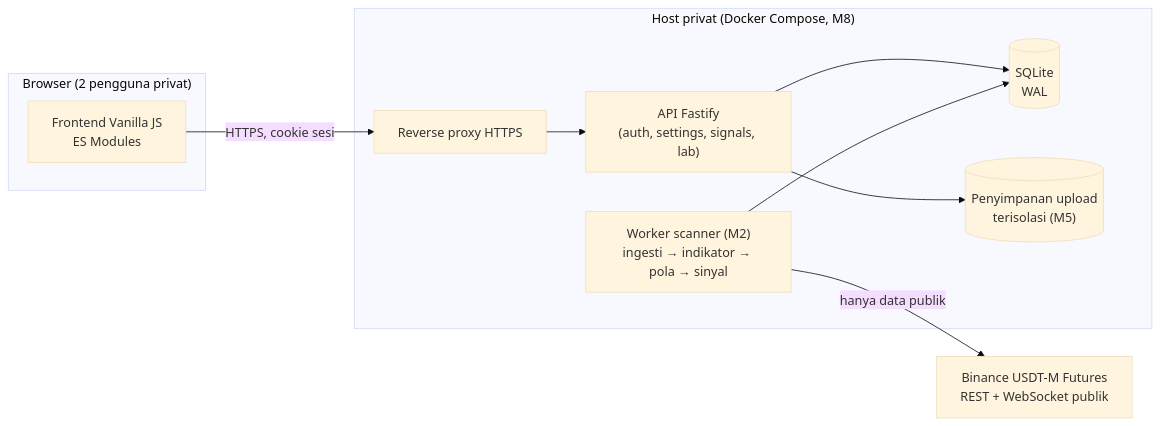
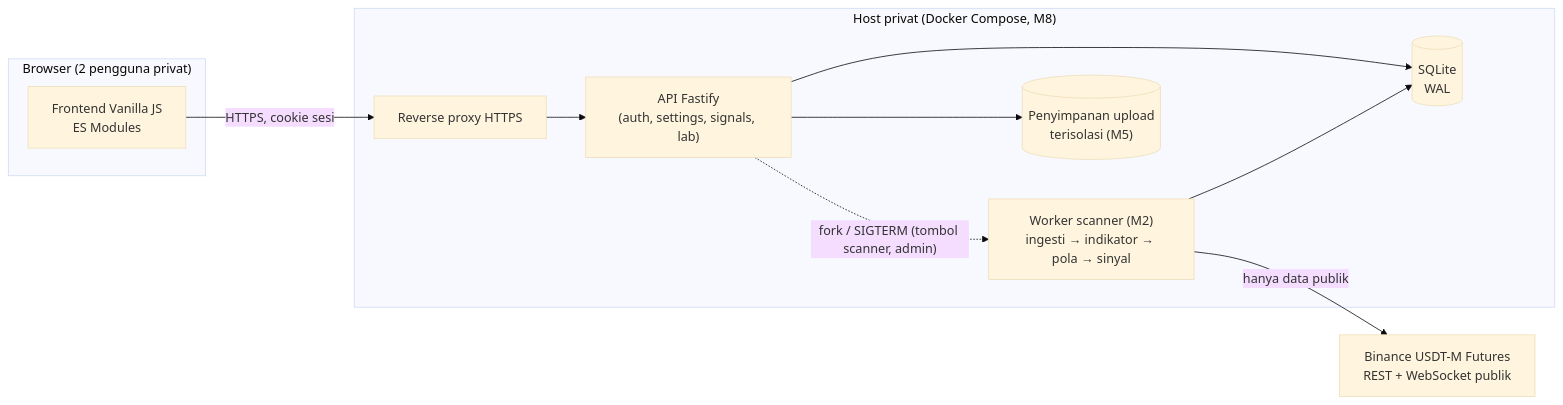
The first of 4 diagrams in docs/01-arsitektur.md (zainpewpewpew/Caddle), drawn with Mermaid (base theme) before and after one commit. The commit also changed other lines of this file and 36 other files, not shown here.

First line of the commit message:
Tombol jalankan/hentikan scanner di website (supervisor worker)

````diff
--- a/docs/01-arsitektur.md
+++ b/docs/01-arsitektur.md
@@ -14,20 +14,21 @@
 ```mermaid
 flowchart LR
   subgraph Klien["Browser (2 pengguna privat)"]
     UI["Frontend Vanilla JS<br/>ES Modules"]
   end
   subgraph Host["Host privat (Docker Compose, M8)"]
     RP["Reverse proxy HTTPS"]
     API["API Fastify<br/>(auth, settings, signals, lab)"]
     W["Worker scanner (M2)<br/>ingesti → indikator → pola → sinyal"]
     DB[("SQLite<br/>WAL")]
     FS[("Penyimpanan upload<br/>terisolasi (M5)")]
   end
   BN["Binance USDT-M Futures<br/>REST + WebSocket publik"]
 
   UI -- "HTTPS, cookie sesi" --> RP --> API
   API --> DB
+  API -. "fork / SIGTERM (tombol scanner, admin)" .-> W
   W --> DB
   W -- "hanya data publik" --> BN
   API --> FS
 ```
````
